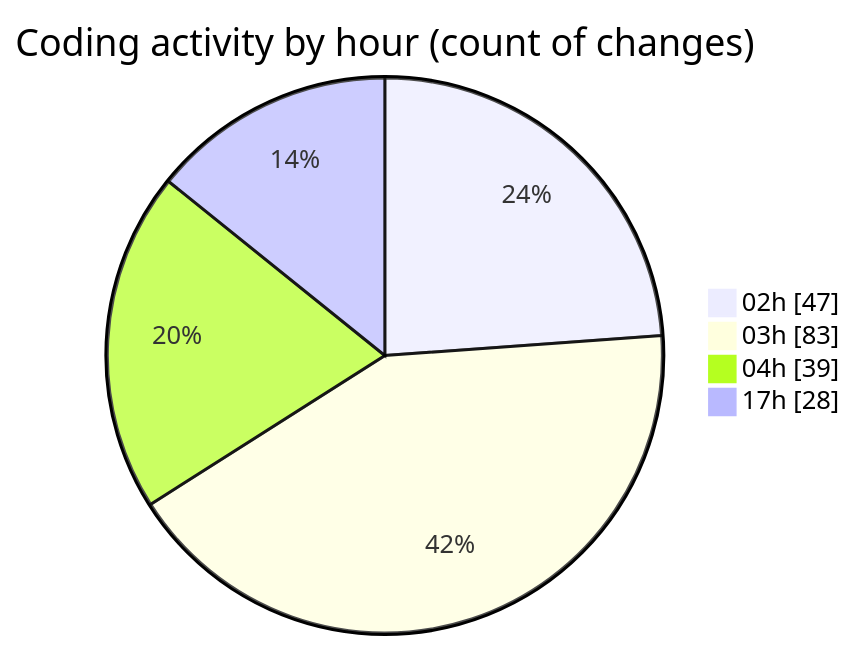
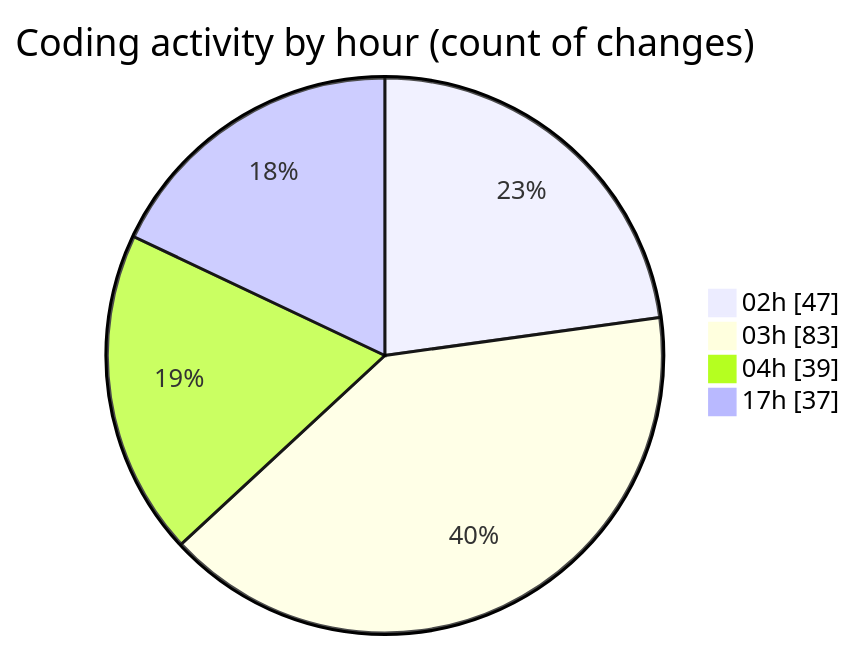
Before and after one commit to ernivani/code-tracking: the second of 2 diagrams in 2025-01-02/3drust/README.md, drawn with Mermaid. The commit also changed other lines of this file and 2 other files, not shown here.

````diff
--- a/2025-01-02/3drust/README.md
+++ b/2025-01-02/3drust/README.md
@@ -42,8 +44,8 @@
 ```mermaid
 pie showData
 title Coding activity by hour (count of changes)
 "02h" : 47
 "03h" : 83
 "04h" : 39
-"17h" : 28
+"17h" : 37
 ```
````
